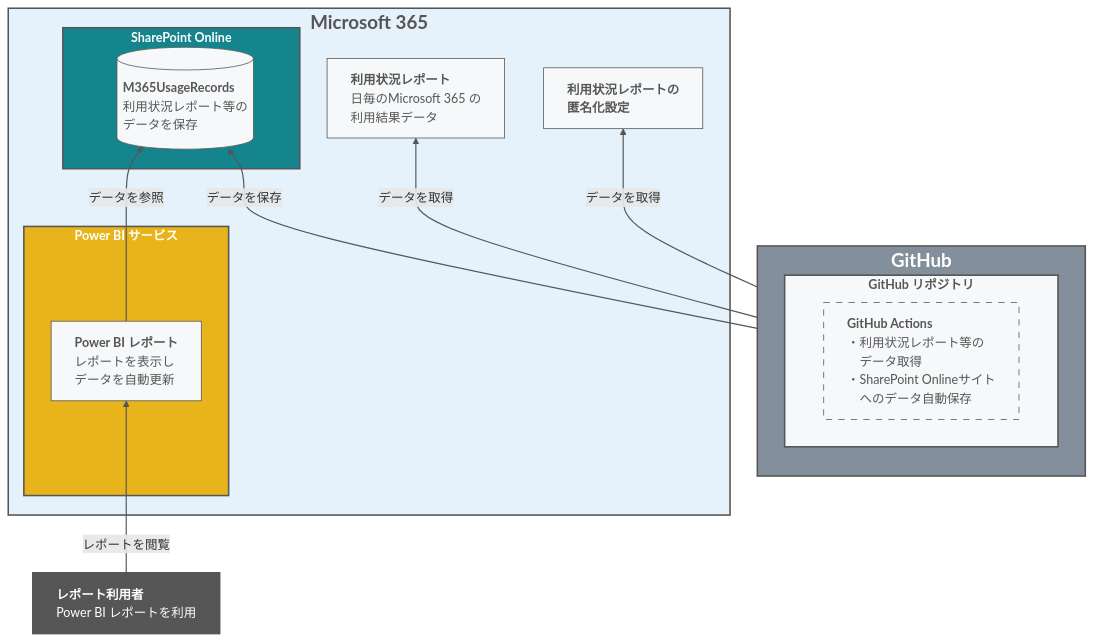
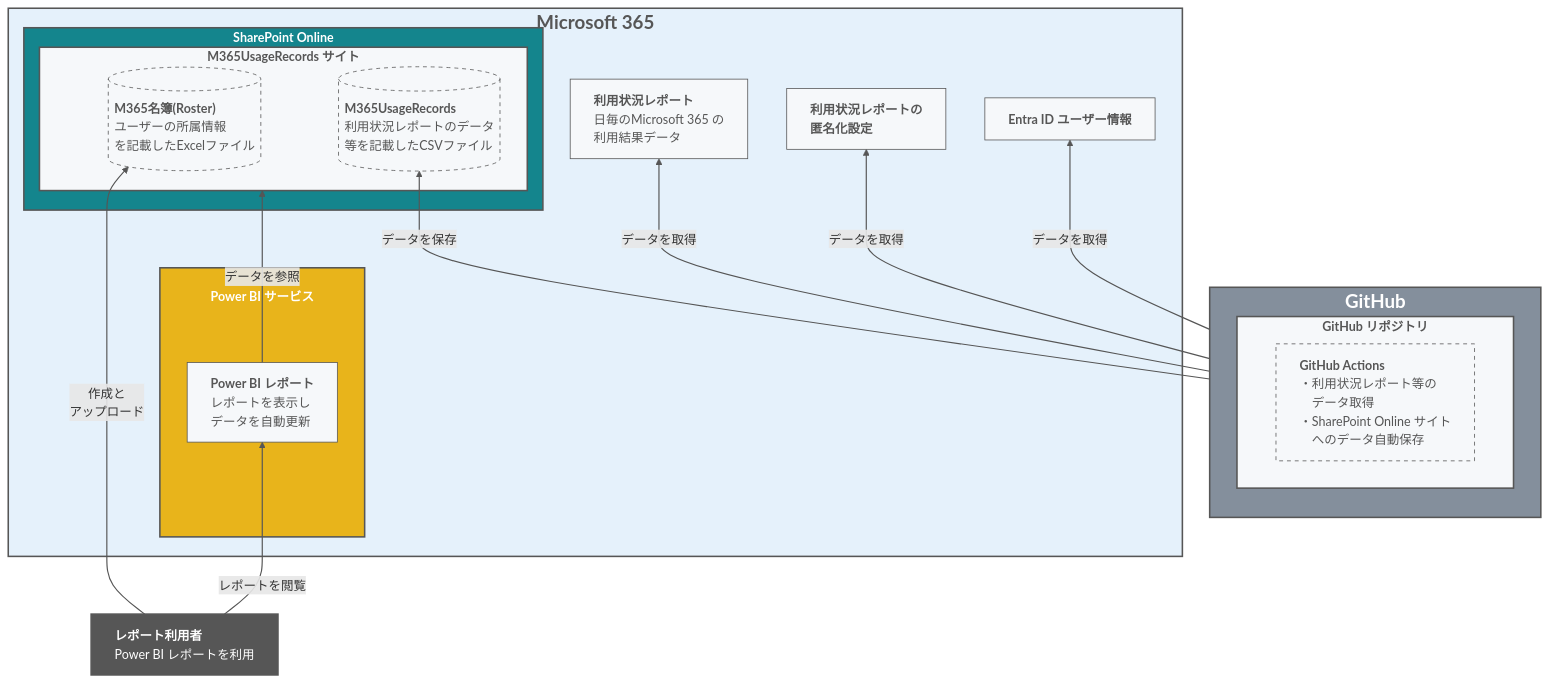
One commit to uchidayoko/ms-giga-usage-report changed the diagram in src/020_学校毎の利用状況可視化サンプル/README.md. Above: the diagram before and after it, drawn with Mermaid. The commit also changed other lines of this file and 131 other files, not shown here.

````diff
--- a/src/020_学校毎の利用状況可視化サンプル/README.md
+++ b/src/020_学校毎の利用状況可視化サンプル/README.md
@@ -29,47 +29,60 @@
 ```mermaid
 graph BT
     subgraph Microsoft365 ["<div style='font-size:24px;'><b>Microsoft 365</b></div>"]
         usageReport["<div style='text-align: left;'><b>利用状況レポート</b><br>日毎のMicrosoft 365 の<br>利用結果データ</div>"]
         style usageReport fill:#F6F8FA,stroke:#565656,stroke-width:1px,color:#565656
 
         usageReportSetting["<div style='text-align: left;'><b>利用状況レポートの<br>匿名化設定</b></div>"]
         style usageReportSetting fill:#F6F8FA,stroke:#565656,stroke-width:1px,color:#565656
 
+        UserData["<div style='text-align: left;'><b>Entra ID ユーザー情報</b></div>"]
+        style UserData fill:#F6F8FA,stroke:#565656,stroke-width:1px,color:#565656
+
         subgraph SharePoint ["<b>SharePoint Online</b>"]
-            usageRecords[("<div style='text-align: left;'><b>M365UsageRecords</b><br>利用状況レポート等の<br>データを保存</div>")]
-            style usageRecords fill:#F6F8FA,stroke:#565656,stroke-width:1px,color:#565656
+            subgraph SharePointSite ["<b>M365UsageRecords サイト</b>"]
+                roster[("<div style='text-align: left;'><b>M365名簿(Roster)</b><br>ユーザーの所属情報<br>を記載したExcelファイル</div>")]
+                style roster fill:#F6F8FA,stroke:#565656,stroke-width:1px,stroke-dasharray:5,color:#565656
+
+                usageRecords[("<div style='text-align: left;'><b>M365UsageRecords</b><br>利用状況レポートのデータ<br>等を記載したCSVファイル</div>")]
+                style usageRecords fill:#F6F8FA,stroke:#565656,stroke-width:1px,stroke-dasharray:5,color:#565656
+            end
+            style SharePointSite fill:#F6F8FA,stroke:#565656,stroke-width:2px,color:#565656
         end
         style SharePoint fill:#14858d,stroke:#565656,stroke-width:2px,color:#fff
 
-        subgraph PowerBIService ["<b>Power BI サービス</b>"]
+        subgraph PowerBIService ["<b><br>Power BI サービス</b>"]
             powerBIReport["<div style='text-align: left;'><b>Power BI レポート</b><br>レポートを表示し<br>データを自動更新</div>"]
             style powerBIReport fill:#F6F8FA,stroke:#565656,stroke-width:1px,color:#565656
         end
         style PowerBIService fill:#e8b41b,stroke:#565656,stroke-width:2px,color:#fff
 
     end
     style Microsoft365 fill:#E5F1FB,stroke:#565656,stroke-width:2px,color:#565656
 
     subgraph GitHub ["<div style='font-size:24px;'><b>GitHub</b></div>"]
         subgraph githubRepo ["<b>GitHub リポジトリ</b>"]
-            githubActions["<div style='text-align: left;'><b>GitHub Actions</b><br>・利用状況レポート等の<br>　データ取得<br>・SharePoint Onlineサイト<br>　へのデータ自動保存</div>"]
-            style githubActions fill:#F6F8FA,stroke:#565656,stroke-width:1px,stroke-dasharray:8,color:#565656
+            githubActions["<div style='text-align: left;'><b>GitHub Actions</b><br>・利用状況レポート等の<br>　データ取得<br>・SharePoint Online サイト<br>　へのデータ自動保存</div>"]
+            style githubActions fill:#F6F8FA,stroke:#565656,stroke-width:1px,stroke-dasharray:5,color:#565656
         end
         style githubRepo fill:#F6F8FA,stroke:#565656,stroke-width:2px,color:#565656
     end
     style GitHub fill:#848F9C,stroke:#565656,stroke-width:2px,color:#fff
 
     user["<div style='text-align: left;'><b>レポート利用者</b><br>Power BI レポートを利用</div>"]
     style user fill:#565656,stroke:#565656,stroke-width:2px,color:#fff
 
+    powerBIReport -->|データを参照| SharePointSite
     GitHub -->|データを取得| usageReport
     GitHub -->|データを取得| usageReportSetting
+    GitHub -->|データを取得| UserData
     GitHub -->|データを保存| usageRecords
-    powerBIReport -->|データを参照| usageRecords
+    user -->|作成と<br>アップロード| roster
     user -->|レポートを閲覧| powerBIReport
     linkStyle 0 stroke:#565656, stroke-width:1.5px;
     linkStyle 1 stroke:#565656, stroke-width:1.5px;
     linkStyle 2 stroke:#565656, stroke-width:1.5px;
     linkStyle 3 stroke:#565656, stroke-width:1.5px;
     linkStyle 4 stroke:#565656, stroke-width:1.5px;
+    linkStyle 5 stroke:#565656, stroke-width:1.5px;
+    linkStyle 6 stroke:#565656, stroke-width:1.5px;
 ```
````
